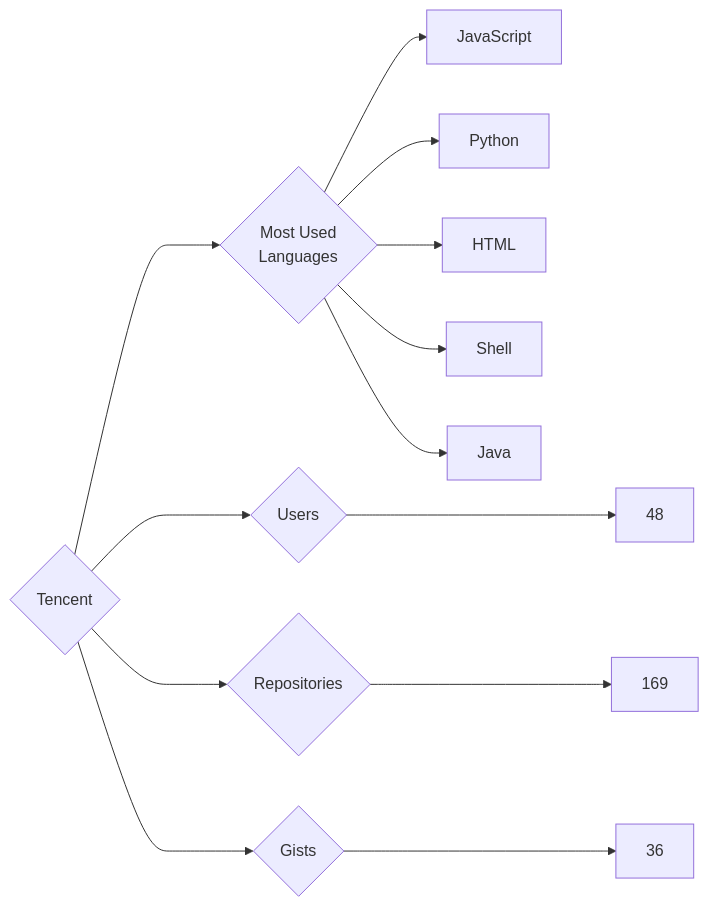
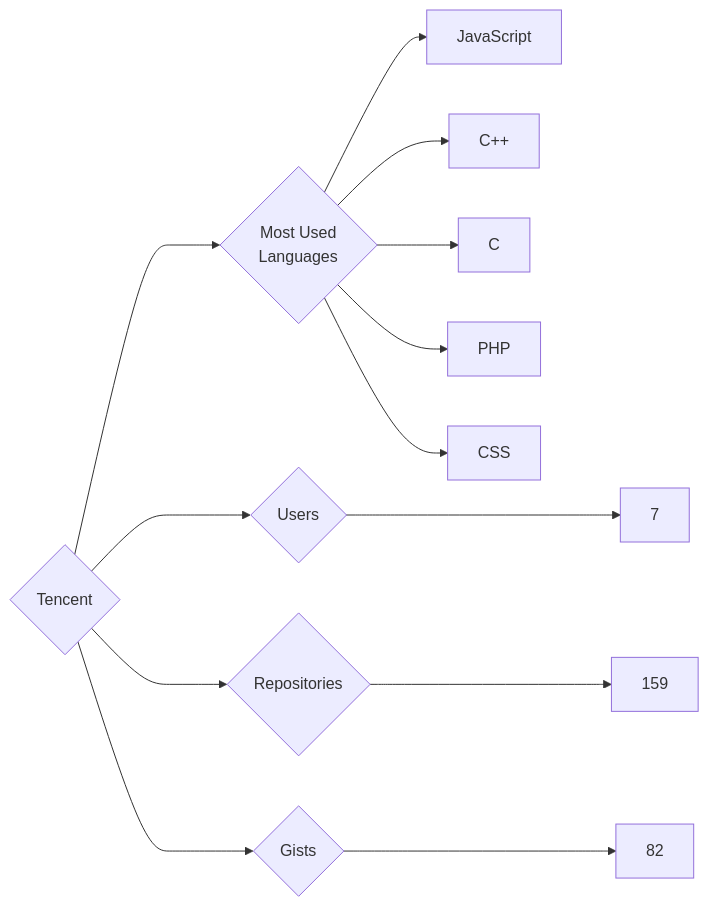
Before and after one commit to trickest/insiders: the diagram in targets/Tencent/README.md, drawn with Mermaid. The commit also changed 796 other files, not shown here.

````diff
--- a/targets/Tencent/README.md
+++ b/targets/Tencent/README.md
@@ -3,13 +3,13 @@
 ```mermaid
 graph LR
 COMPANY_NAME{Tencent}
-COMPANY_NAME ---> U{Users} ---> UN[48]
-COMPANY_NAME ---> R{Repositories} ---> RN[169]
-COMPANY_NAME ---> G{Gists} ---> GN[36]
+COMPANY_NAME ---> U{Users} ---> UN[7]
+COMPANY_NAME ---> R{Repositories} ---> RN[159]
+COMPANY_NAME ---> G{Gists} ---> GN[82]
 COMPANY_NAME ---> ML{Most Used<br>Languages}
 ML --> JavaScript[JavaScript]
-ML --> Python[Python]
-ML --> HTML[HTML]
-ML --> Shell[Shell]
-ML --> Java[Java]
+ML --> C++[C++]
+ML --> C[C]
+ML --> PHP[PHP]
+ML --> CSS[CSS]
 ```
````
